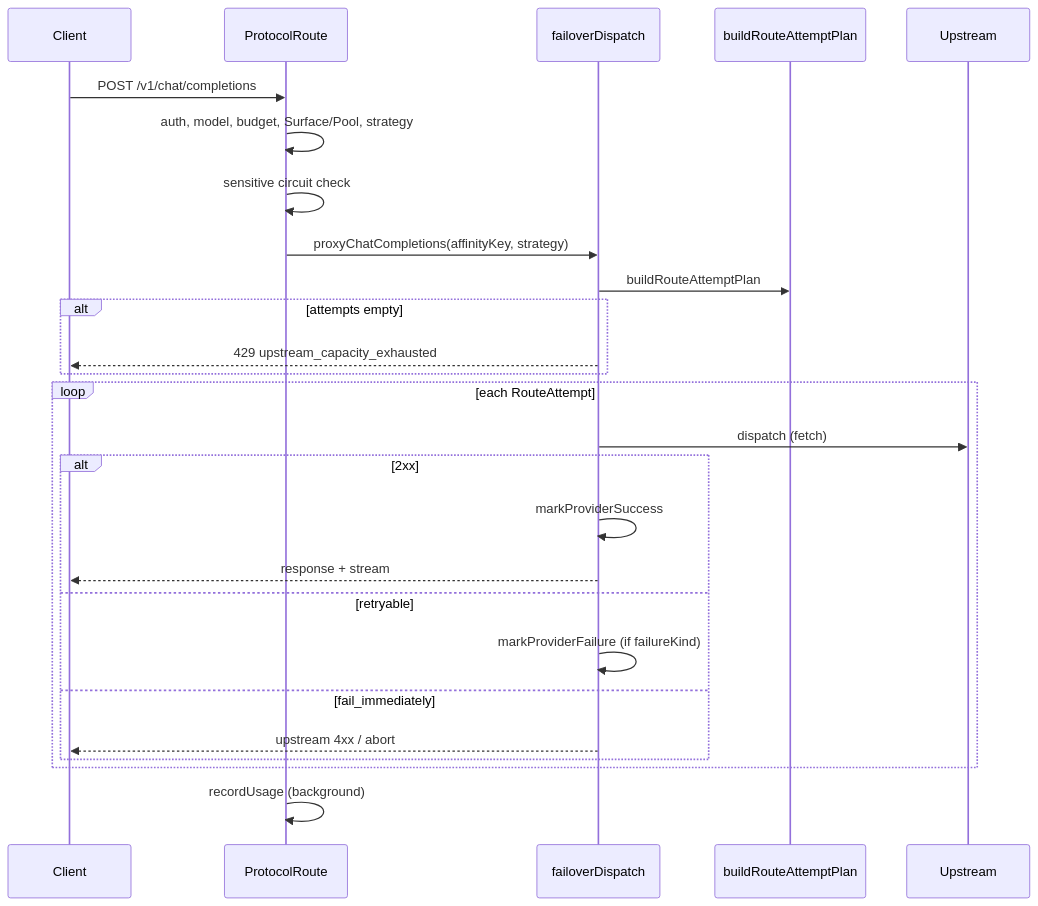
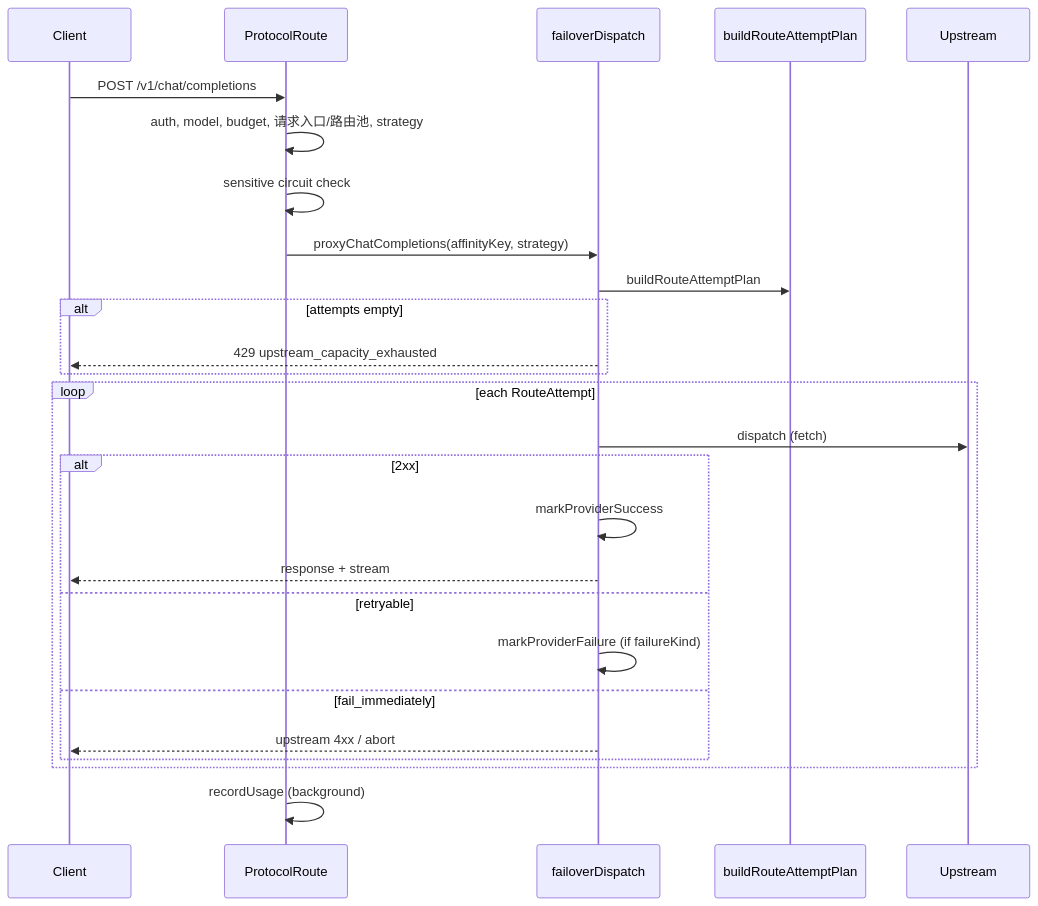
The second of 2 diagrams in docs/developers/architecture/proxy-request-lifecycle.md (827802685/cloud-api), drawn with Mermaid before and after one commit. The commit also changed other lines of this file and 17 other files, not shown here.

````diff
--- a/docs/developers/architecture/proxy-request-lifecycle.md
+++ b/docs/developers/architecture/proxy-request-lifecycle.md
@@ -150,29 +150,29 @@
 ```mermaid
 sequenceDiagram
   participant C as Client
   participant R as ProtocolRoute
   participant F as failoverDispatch
   participant S as buildRouteAttemptPlan
   participant U as Upstream
 
   C->>R: POST /v1/chat/completions
-  R->>R: auth, model, budget, Surface/Pool, strategy
+  R->>R: auth, model, budget, 请求入口/路由池, strategy
   R->>R: sensitive circuit check
   R->>F: proxyChatCompletions(affinityKey, strategy)
   F->>S: buildRouteAttemptPlan
   alt attempts empty
     F-->>C: 429 upstream_capacity_exhausted
   end
   loop each RouteAttempt
     F->>U: dispatch (fetch)
     alt 2xx
       F->>F: markProviderSuccess
       F-->>C: response + stream
     else retryable
       F->>F: markProviderFailure (if failureKind)
     else fail_immediately
       F-->>C: upstream 4xx / abort
     end
   end
   R->>R: recordUsage (background)
 ```
````
